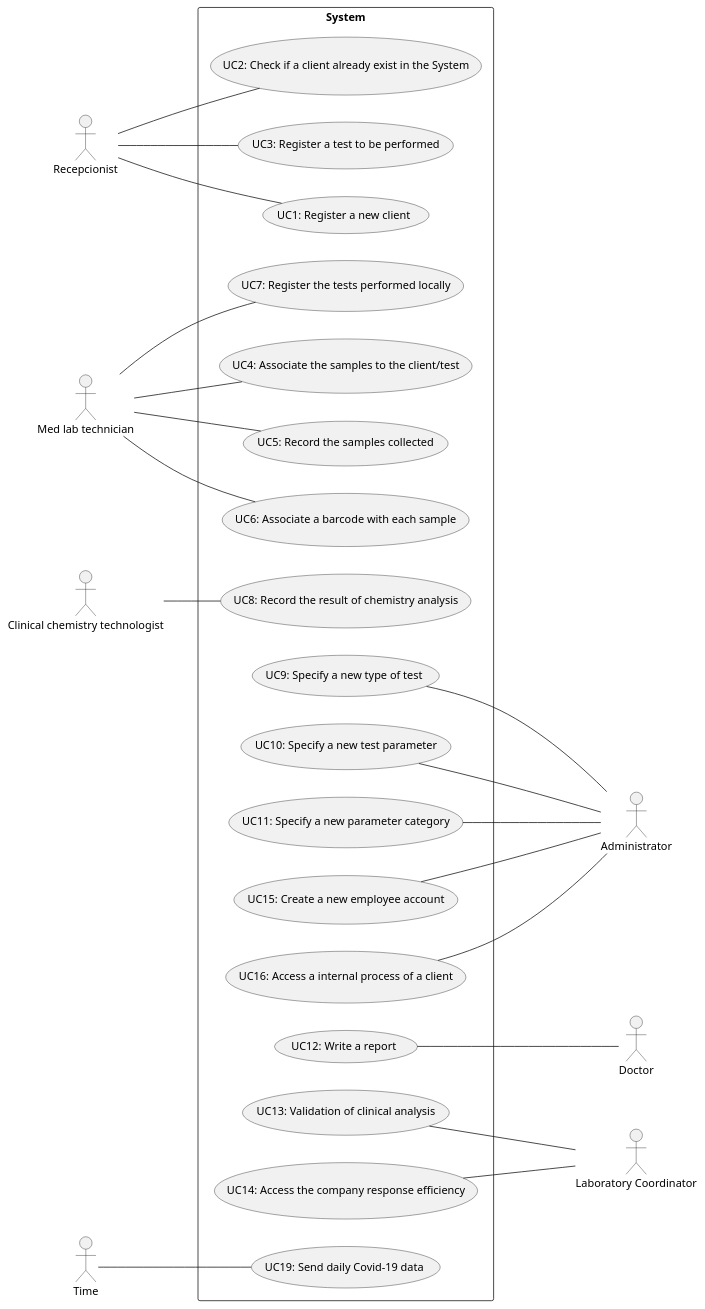
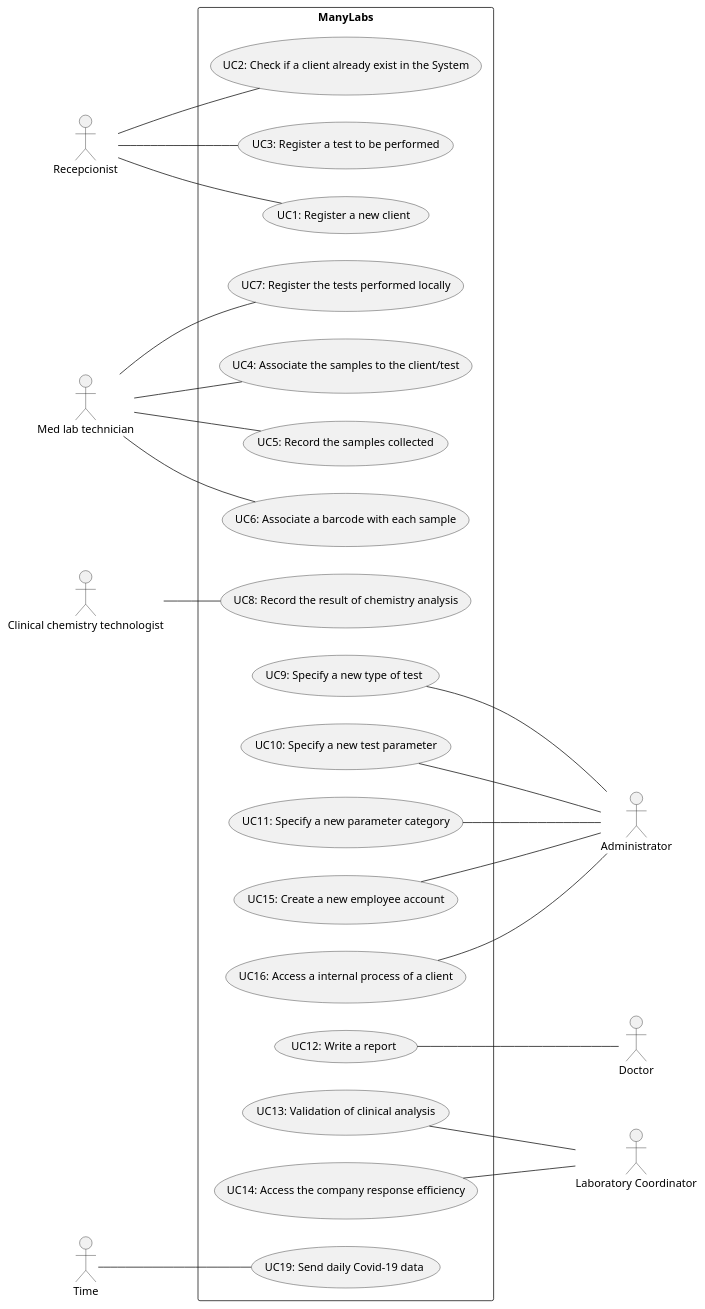
Before and after one commit to manu-07-ela/LAPR2_ISEP: the diagram in docs/SprintA/UCD.puml, drawn with PlantUML. The commit also changed 3 other files, not shown here.

```diff
--- a/docs/SprintA/UCD.puml
+++ b/docs/SprintA/UCD.puml
@@ -1,59 +1,59 @@
 @startuml
 'https://plantuml.com/use-case-diagram
 left to right direction
 actor "Administrator" as Adm
 actor "Recepcionist" as Recp
 actor "Med lab technician" as MedLab
 actor "Clinical chemistry technologist" as ClinTec
 actor "Doctor" as Doc
 actor "Laboratory Coordinator" as LabCod
 actor "Time" as Time
 
 
-rectangle System{
+rectangle ManyLabs{
 
 usecase "UC1: Register a new client" as UC1
 usecase "UC2: Check if a client already exist in the System" as UC2
 usecase "UC3: Register a test to be performed" as UC3
 usecase "UC4: Associate the samples to the client/test" as UC4
 usecase "UC5: Record the samples collected" as UC5
 usecase "UC6: Associate a barcode with each sample" as UC6
 usecase "UC7: Register the tests performed locally" as UC7
 usecase "UC8: Record the result of chemistry analysis" as UC8
 usecase "UC9: Specify a new type of test" as UC9
 usecase "UC10: Specify a new test parameter" as UC10
 usecase "UC11: Specify a new parameter category" as UC11
 usecase "UC12: Write a report" as UC12
 usecase "UC13: Validation of clinical analysis" as UC13
 usecase "UC14: Access the company response efficiency" as UC14
 usecase "UC15: Create a new employee account" as UC15
 usecase "UC16: Access a internal process of a client" as UC16
 usecase "UC19: Send daily Covid-19 data" as UC19
 
 }
 
 Recp -- UC1
 Recp -- UC2
 Recp -- UC3
 MedLab -- UC4
 MedLab -- UC5
 MedLab -- UC6
 MedLab -- UC7
 ClinTec -- UC8
 UC9 --- Adm
 UC10 --- Adm
 UC11 --- Adm
 UC16 --- Adm
 UC15 --- Adm
 UC12 --- Doc
 UC13 --- LabCod
 UC14 --- LabCod
 Time -- UC19
 
 
 
 
 
 
 
 @enduml
```
